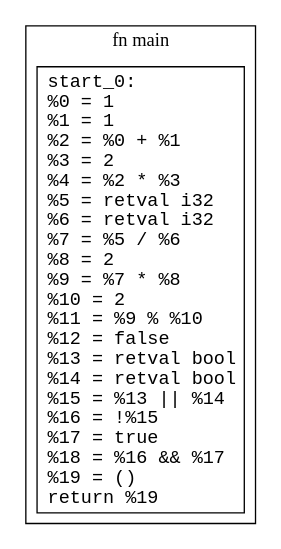
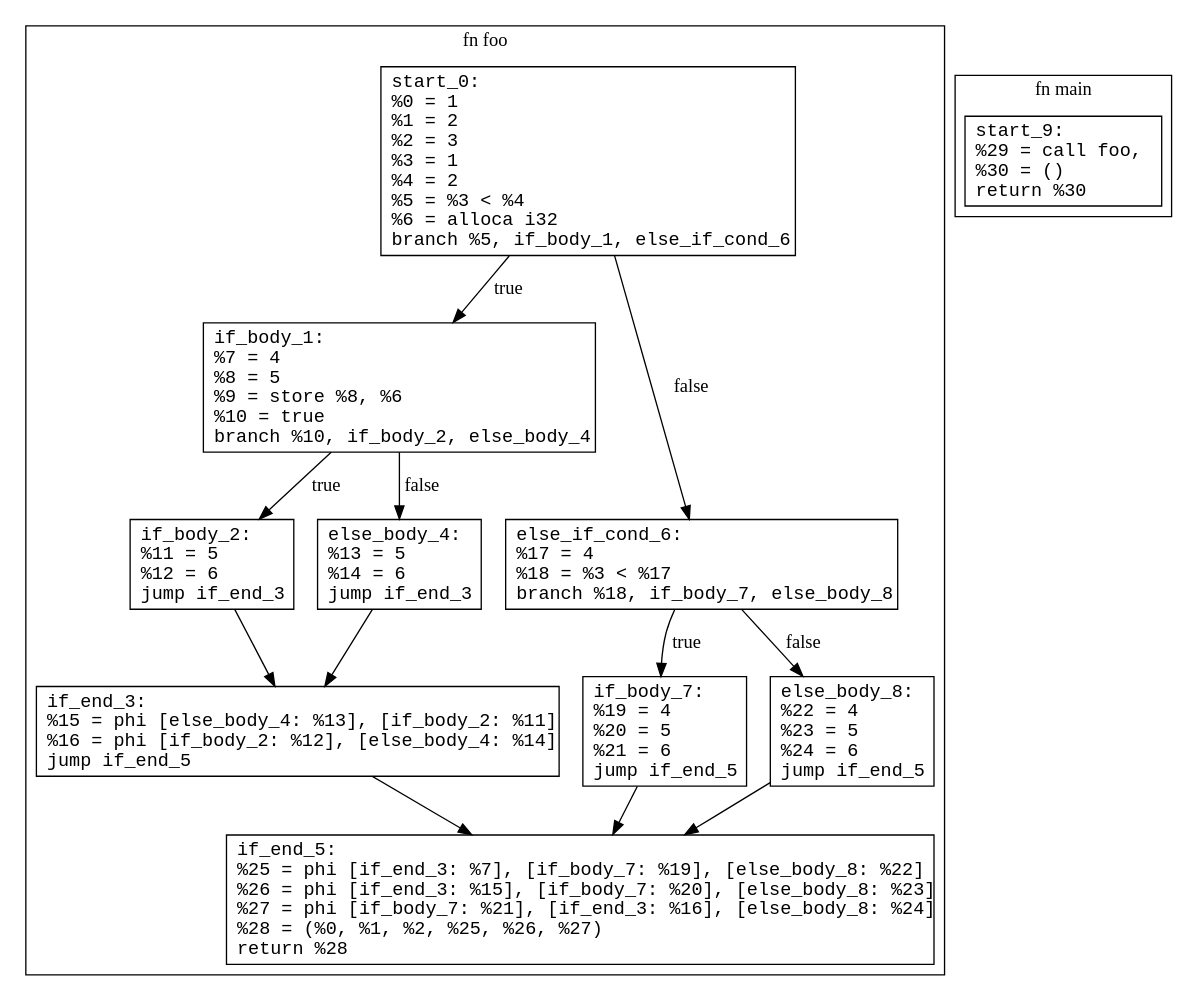
One commit to riogu/henceforth changed the diagram in cfg.dot. Above: the diagram before and after it, drawn with Graphviz. The commit also changed 4 other files, not shown here.

```diff
--- a/cfg.dot
+++ b/cfg.dot
@@ -1,7 +1,30 @@
 digraph CFG {
     node [shape=box fontname="Monospace"]
+    subgraph cluster_foo {
+        label="fn foo";
+        foo_start_0 [label="start_0:\l%0 = 1\l%1 = 2\l%2 = 3\l%3 = 1\l%4 = 2\l%5 = %3 < %4\l%6 = alloca i32\lbranch %5, if_body_1, else_if_cond_6\l"];
+        foo_if_body_1 [label="if_body_1:\l%7 = 4\l%8 = 5\l%9 = store %8, %6\l%10 = true\lbranch %10, if_body_2, else_body_4\l"];
+        foo_if_body_2 [label="if_body_2:\l%11 = 5\l%12 = 6\ljump if_end_3\l"];
+        foo_if_end_3 [label="if_end_3:\l%15 = phi [else_body_4: %13], [if_body_2: %11]\l%16 = phi [if_body_2: %12], [else_body_4: %14]\ljump if_end_5\l"];
+        foo_if_end_5 [label="if_end_5:\l%25 = phi [if_end_3: %7], [if_body_7: %19], [else_body_8: %22]\l%26 = phi [if_end_3: %15], [if_body_7: %20], [else_body_8: %23]\l%27 = phi [if_body_7: %21], [if_end_3: %16], [else_body_8: %24]\l%28 = (%0, %1, %2, %25, %26, %27)\lreturn %28\l"];
+        foo_else_body_4 [label="else_body_4:\l%13 = 5\l%14 = 6\ljump if_end_3\l"];
+        foo_else_if_cond_6 [label="else_if_cond_6:\l%17 = 4\l%18 = %3 < %17\lbranch %18, if_body_7, else_body_8\l"];
+        foo_if_body_7 [label="if_body_7:\l%19 = 4\l%20 = 5\l%21 = 6\ljump if_end_5\l"];
+        foo_else_body_8 [label="else_body_8:\l%22 = 4\l%23 = 5\l%24 = 6\ljump if_end_5\l"];
+        foo_start_0 -> foo_if_body_1 [label="true"];
+        foo_start_0 -> foo_else_if_cond_6 [label="false"];
+        foo_if_body_1 -> foo_if_body_2 [label="true"];
+        foo_if_body_1 -> foo_else_body_4 [label="false"];
+        foo_if_body_2 -> foo_if_end_3;
+        foo_if_end_3 -> foo_if_end_5;
+        foo_else_body_4 -> foo_if_end_3;
+        foo_else_if_cond_6 -> foo_if_body_7 [label="true"];
+        foo_else_if_cond_6 -> foo_else_body_8 [label="false"];
+        foo_if_body_7 -> foo_if_end_5;
+        foo_else_body_8 -> foo_if_end_5;
+    }
     subgraph cluster_main {
         label="fn main";
-        main_start_0 [label="start_0:\l%0 = 1\l%1 = 1\l%2 = %0 + %1\l%3 = 2\l%4 = %2 * %3\l%5 = retval i32\l%6 = retval i32\l%7 = %5 / %6\l%8 = 2\l%9 = %7 * %8\l%10 = 2\l%11 = %9 % %10\l%12 = false\l%13 = retval bool\l%14 = retval bool\l%15 = %13 || %14\l%16 = !%15\l%17 = true\l%18 = %16 && %17\l%19 = ()\lreturn %19\l"];
+        main_start_9 [label="start_9:\l%29 = call foo, \l%30 = ()\lreturn %30\l"];
     }
 }
```
